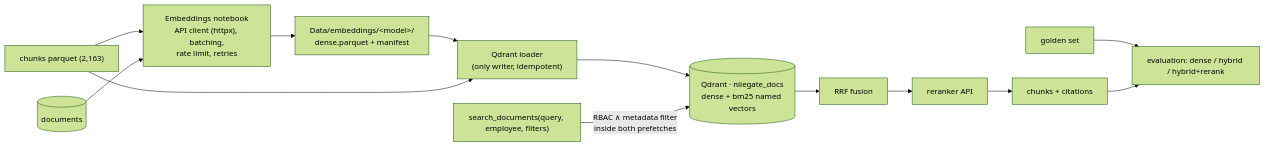
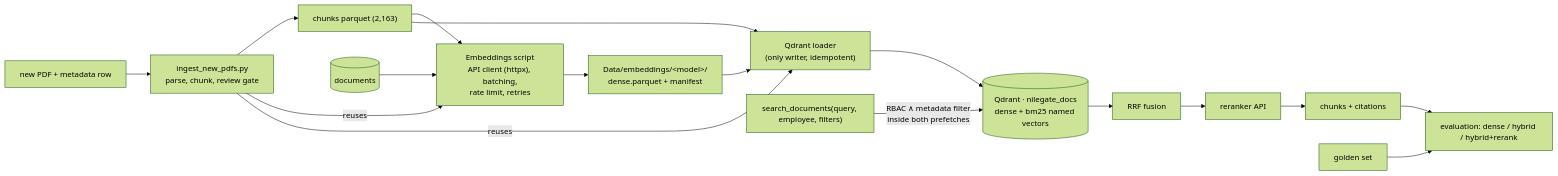
The diagram in docs/plans/RAG_Embeddings_Qdrant_plan.md (mahmoudsameh00/nilegate-ports-ai), drawn with Mermaid (forest theme) before and after one commit. The commit also changed other lines of this file and 2 other files, not shown here.

First line of the commit message:
docs: rewrite the RAG retrieval plan for a fresh local start; PDF ingestion script becomes its Phase 8

````diff
--- a/docs/plans/RAG_Embeddings_Qdrant_plan.md
+++ b/docs/plans/RAG_Embeddings_Qdrant_plan.md
@@ -34,13 +39,17 @@
 ```mermaid
 flowchart LR
-    CH["chunks parquet (2,163)"] --> EMB["Embeddings notebook<br/>API client (httpx), batching,<br/>rate limit, retries"]
+    CH["chunks parquet (2,163)"] --> EMB["Embeddings script<br/>API client (httpx), batching,<br/>rate limit, retries"]
     DOCS[("documents")] --> EMB
     EMB --> VEC["Data/embeddings/&lt;model&gt;/<br/>dense.parquet + manifest"]
     VEC --> LOAD["Qdrant loader<br/>(only writer, idempotent)"]
     CH --> LOAD
     LOAD --> QD[("Qdrant · nilegate_docs<br/>dense + bm25 named vectors")]
     RET["search_documents(query, employee, filters)"] -->|"RBAC ∧ metadata filter<br/>inside both prefetches"| QD
     QD --> FU["RRF fusion"] --> RR["reranker API"] --> OUT["chunks + citations"]
     GOLD["golden set"] --> EVAL["evaluation: dense / hybrid / hybrid+rerank"]
     OUT --> EVAL
+    NEW["new PDF + metadata row"] --> ING["ingest_new_pdfs.py<br/>parse, chunk, review gate"]
+    ING --> CH
+    ING -->|"reuses"| EMB
+    ING -->|"reuses"| LOAD
 ```
````
